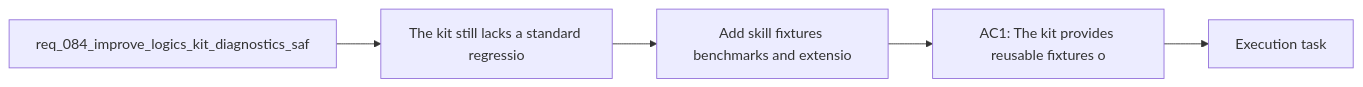
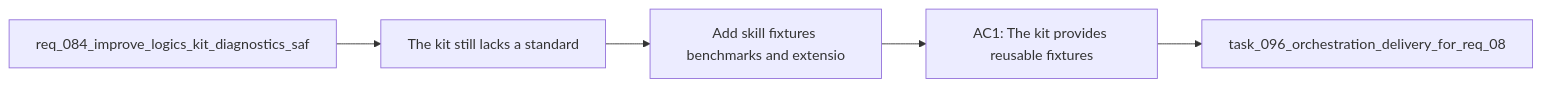
One commit to AlexAgo83/logics-manager changed the diagram in logics/backlog/item_128_add_skill_fixtures_benchmarks_and_extension_contracts_for_kit_regression_coverage.md. Above: the diagram before and after it, drawn with Mermaid. The commit also changed 481 other files, not shown here.

````diff
--- a/logics/backlog/item_128_add_skill_fixtures_benchmarks_and_extension_contracts_for_kit_regression_coverage.md
+++ b/logics/backlog/item_128_add_skill_fixtures_benchmarks_and_extension_contracts_for_kit_regression_coverage.md
@@ -26,9 +26,9 @@
 ```mermaid
 %% logics-kind: backlog
 %% logics-signature: backlog|add-skill-fixtures-benchmarks-and-extens|req-084-improve-logics-kit-diagnostics-s|the-kit-still-lacks-a-standard|ac1-the-kit-provides-reusable-fixtures
 flowchart LR
-    Request[req_084_improve_logics_kit_diagnostics_saf] --> Problem[The kit still lacks a standard regressio]
+    Request[req_084_improve_logics_kit_diagnostics_saf] --> Problem[The kit still lacks a standard]
     Problem --> Scope[Add skill fixtures benchmarks and extensio]
-    Scope --> Acceptance[AC1: The kit provides reusable fixtures o]
-    Acceptance --> Tasks[Execution task]
+    Scope --> Acceptance[AC1: The kit provides reusable fixtures]
+    Acceptance --> Tasks[task_096_orchestration_delivery_for_req_08]
 ```
````
